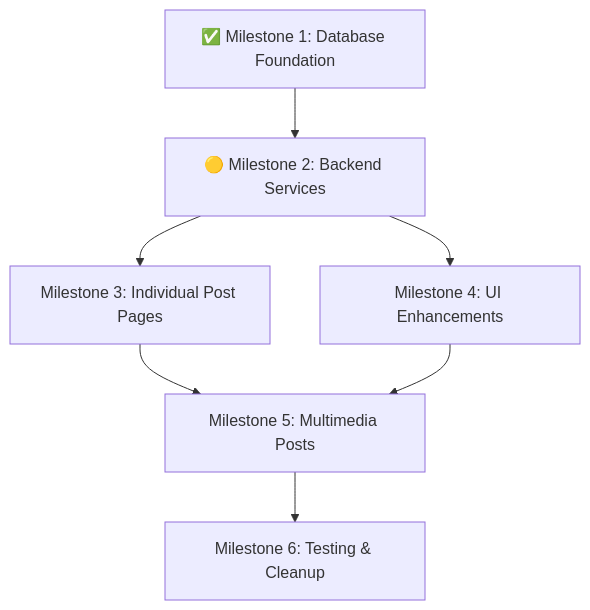
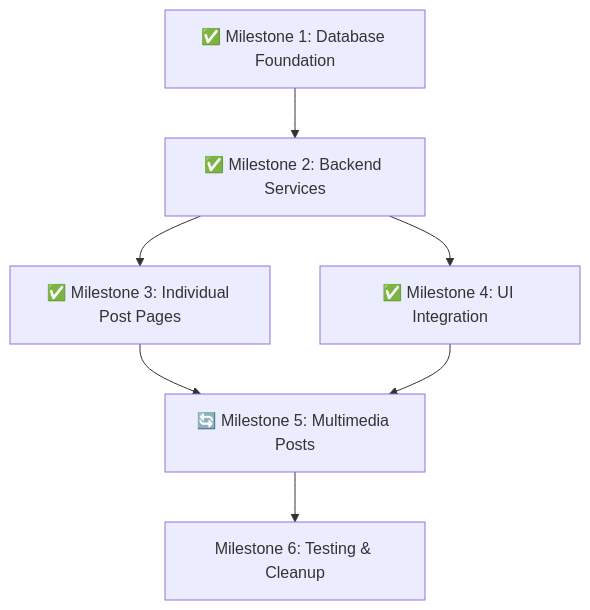
One commit to AltKhyin/app-documentation-compass changed the diagram in docs/README-BÍBLIA.md. Above: the diagram before and after it, drawn with Mermaid. The commit also changed other lines of this file and 4 other files, not shown here.

First line of the commit message:
Implement Individual Post Pages

````diff
--- a/docs/README-BÍBLIA.md
+++ b/docs/README-BÍBLIA.md
@@ -197,9 +174,9 @@
 ```mermaid
 graph TD
-    A[✅ Milestone 1: Database Foundation] --> B[🟡 Milestone 2: Backend Services]
-    B --> C[Milestone 3: Individual Post Pages]
-    B --> D[Milestone 4: UI Enhancements]
-    C --> E[Milestone 5: Multimedia Posts]
+    A[✅ Milestone 1: Database Foundation] --> B[✅ Milestone 2: Backend Services]
+    B --> C[✅ Milestone 3: Individual Post Pages]
+    B --> D[✅ Milestone 4: UI Integration]
+    C --> E[🔄 Milestone 5: Multimedia Posts]
     D --> E
     E --> F[Milestone 6: Testing & Cleanup]
 ```
````
